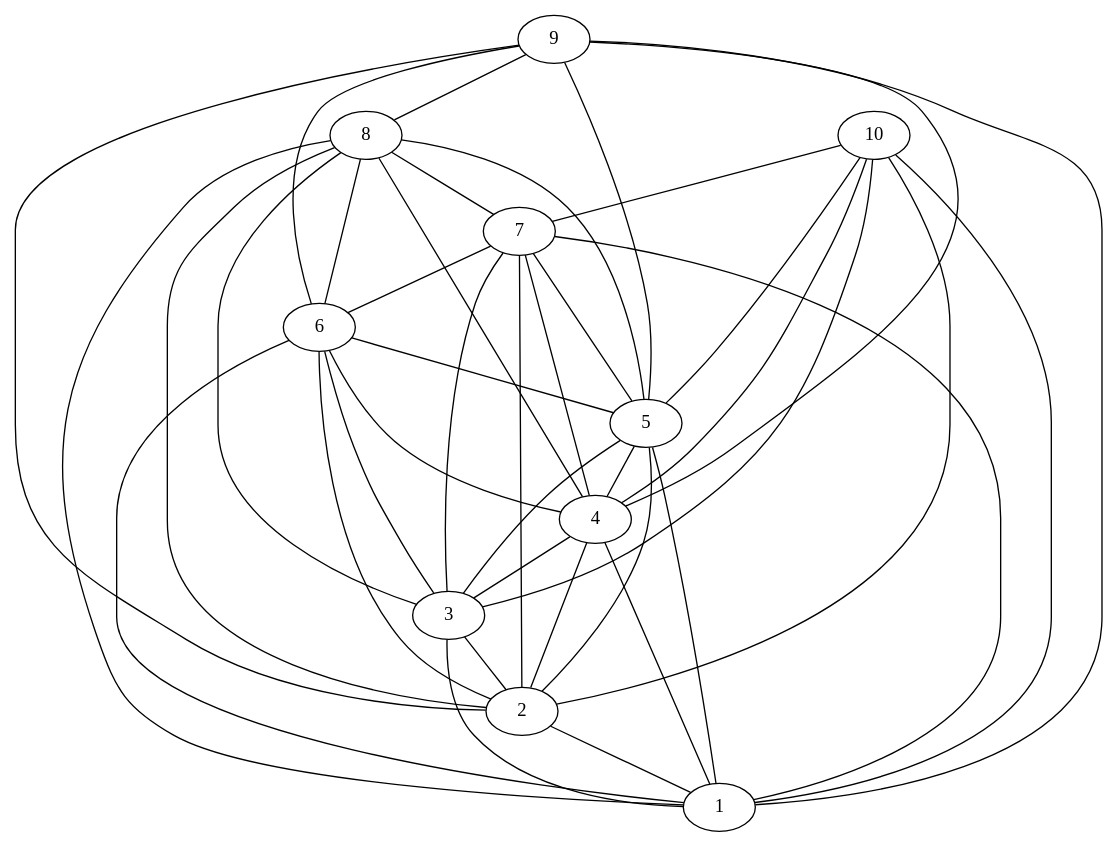
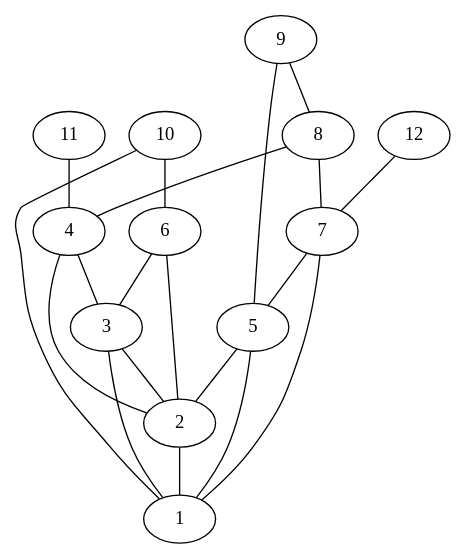
Before and after one commit to felixble/htw-ava-ws16-rumor: the diagram in config/graph2.dot, drawn with Graphviz. The commit also changed 2 other files, not shown here.

```diff
--- a/config/graph2.dot
+++ b/config/graph2.dot
@@ -1,42 +1,21 @@
 graph G {
 2 -- 1;
 3 -- 2;
 4 -- 2;
-5 -- 4;
-6 -- 5;
-7 -- 6;
-8 -- 1;
+5 -- 2;
+6 -- 2;
+7 -- 5;
+8 -- 7;
 9 -- 5;
 10 -- 1;
+11 -- 4;
+12 -- 7;
 3 -- 1;
 4 -- 3;
-5 -- 3;
-6 -- 2;
-7 -- 1;
-8 -- 5;
-9 -- 8;
-10 -- 5;
-4 -- 1;
 5 -- 1;
 6 -- 3;
-7 -- 2;
-8 -- 2;
-9 -- 1;
-10 -- 7;
-5 -- 2;
-6 -- 1;
-7 -- 4;
-8 -- 3;
-9 -- 6;
-10 -- 4;
-6 -- 4;
-7 -- 3;
-8 -- 6;
-9 -- 2;
-10 -- 2;
-7 -- 5;
+7 -- 1;
 8 -- 4;
-9 -- 4;
-10 -- 3;
-8 -- 7;
+9 -- 8;
+10 -- 6;
 }
```
